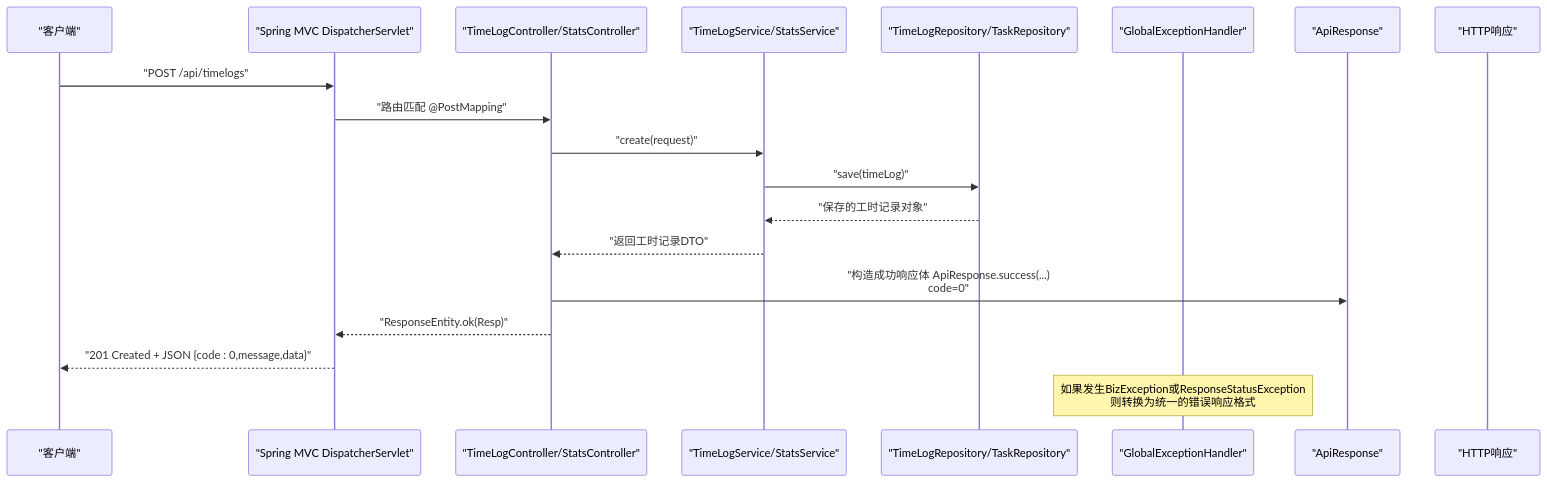
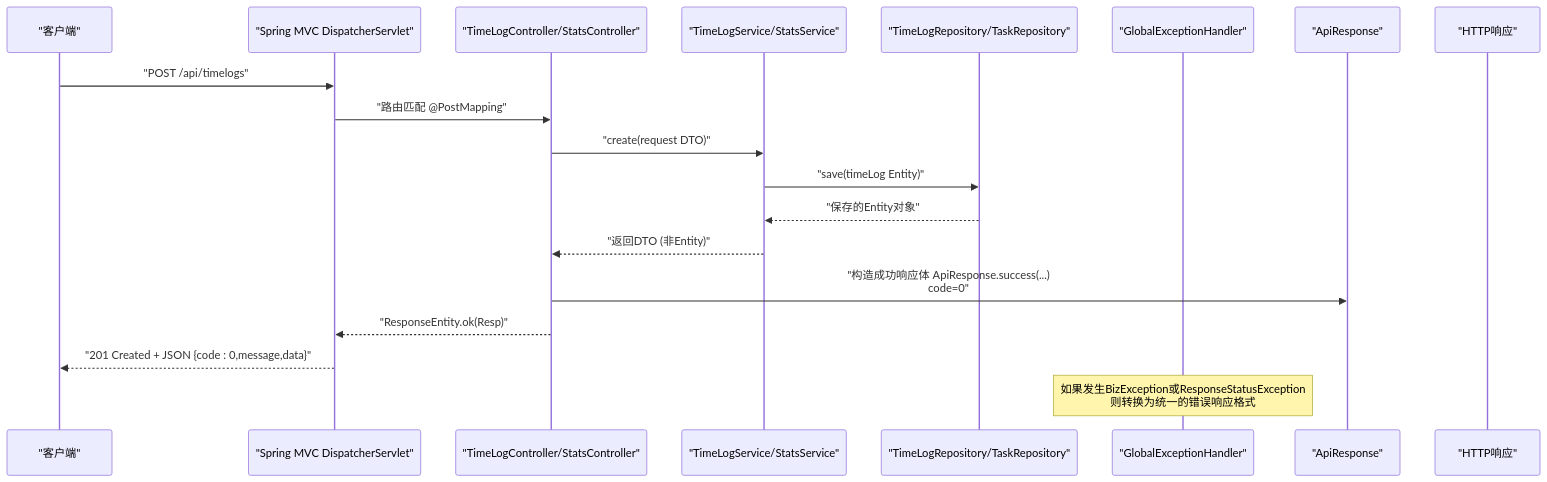
Before and after one commit to zhou9832/test1-qoder: the second of 3 diagrams in .qoder/repowiki/zh/content/后端架构/API控制器层.md, drawn with Mermaid. The commit also changed other lines of this file and 59 other files, not shown here.

````diff
--- a/.qoder/repowiki/zh/content/后端架构/API控制器层.md
+++ b/.qoder/repowiki/zh/content/后端架构/API控制器层.md
@@ -193,21 +203,21 @@
 ```mermaid
 sequenceDiagram
 participant Client as "客户端"
 participant SpringMVC as "Spring MVC DispatcherServlet"
 participant Controller as "TimeLogController/StatsController"
 participant Service as "TimeLogService/StatsService"
 participant Repo as "TimeLogRepository/TaskRepository"
 participant ExceptionHandler as "GlobalExceptionHandler"
 participant Resp as "ApiResponse"
 participant HTTP as "HTTP响应"
 Client->>SpringMVC : "POST /api/timelogs"
 SpringMVC->>Controller : "路由匹配 @PostMapping"
-Controller->>Service : "create(request)"
-Service->>Repo : "save(timeLog)"
-Repo-->>Service : "保存的工时记录对象"
-Service-->>Controller : "返回工时记录DTO"
+Controller->>Service : "create(request DTO)"
+Service->>Repo : "save(timeLog Entity)"
+Repo-->>Service : "保存的Entity对象"
+Service-->>Controller : "返回DTO (非Entity)"
 Controller->>Resp : "构造成功响应体 ApiResponse.success(...)<br/>code=0"
 Controller-->>SpringMVC : "ResponseEntity.ok(Resp)"
 SpringMVC-->>Client : "201 Created + JSON {code : 0,message,data}"
 Note over ExceptionHandler : 如果发生BizException或ResponseStatusException<br/>则转换为统一的错误响应格式
 ```
````
